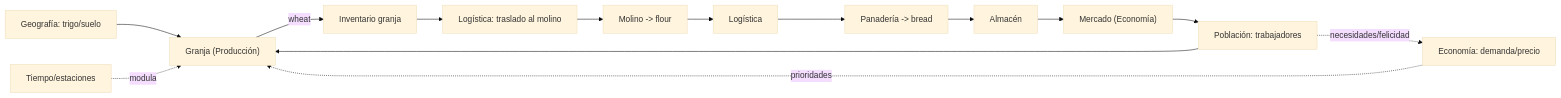
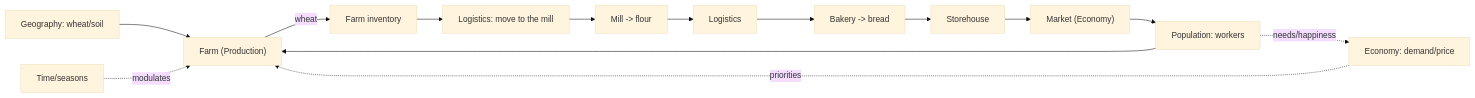
The second of 2 diagrams in SYSTEM_DEPENDENCY_MAP.md (guidoalloatti/civilizations-evolution-doc), drawn with Mermaid (base theme) before and after one commit. The commit also changed other lines of this file and 47 other files, not shown here.

````diff
--- a/SYSTEM_DEPENDENCY_MAP.md
+++ b/SYSTEM_DEPENDENCY_MAP.md
@@ -130,16 +130,16 @@
 ```mermaid
 flowchart LR
-    GEO["Geografía: trigo/suelo"] --> PROD1["Granja (Producción)"]
-    POP["Población: trabajadores"] --> PROD1
-    PROD1 -->|wheat| INV1["Inventario granja"]
-    INV1 --> LOG["Logística: traslado al molino"]
-    LOG --> PROD2["Molino -> flour"]
-    PROD2 --> LOG2["Logística"]
-    LOG2 --> PROD3["Panadería -> bread"]
-    PROD3 --> STORE["Almacén"]
-    STORE --> MKT["Mercado (Economía)"]
+    GEO["Geography: wheat/soil"] --> PROD1["Farm (Production)"]
+    POP["Population: workers"] --> PROD1
+    PROD1 -->|wheat| INV1["Farm inventory"]
+    INV1 --> LOG["Logistics: move to the mill"]
+    LOG --> PROD2["Mill -> flour"]
+    PROD2 --> LOG2["Logistics"]
+    LOG2 --> PROD3["Bakery -> bread"]
+    PROD3 --> STORE["Storehouse"]
+    STORE --> MKT["Market (Economy)"]
     MKT --> POP
-    POP -. necesidades/felicidad .-> ECO["Economía: demanda/precio"]
-    ECO -. prioridades .-> PROD1
-    TIME["Tiempo/estaciones"] -. modula .-> PROD1
+    POP -. needs/happiness .-> ECO["Economy: demand/price"]
+    ECO -. priorities .-> PROD1
+    TIME["Time/seasons"] -. modulates .-> PROD1
 ```
````
